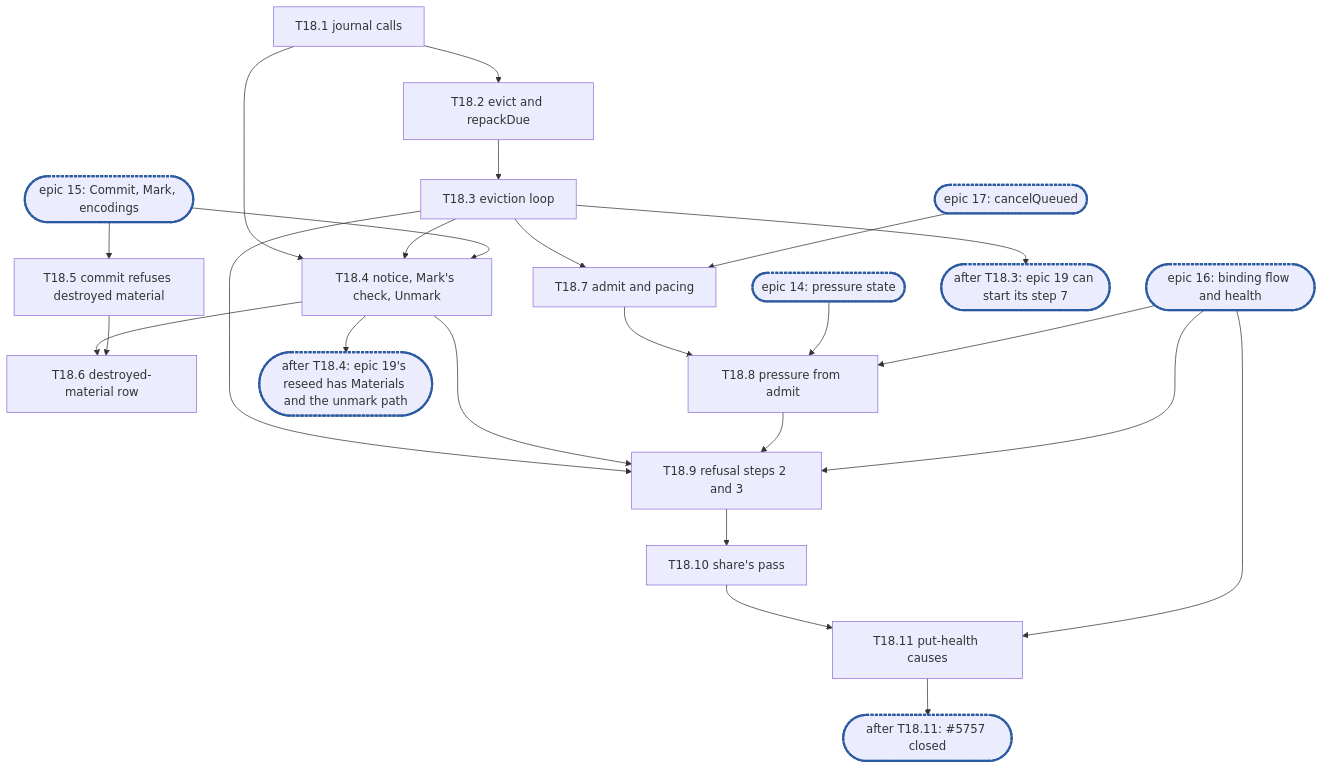
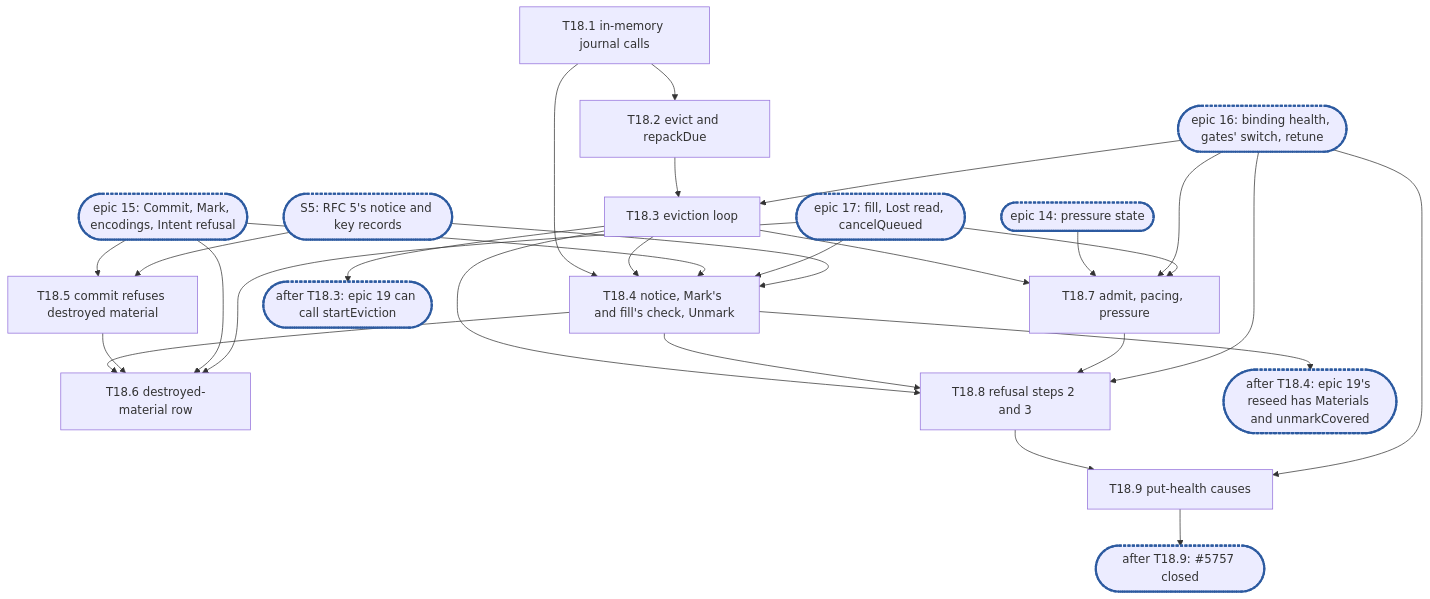
Before and after one commit to cubbit/dittofs: the diagram in .planning/rfc-8-offload-engine-epic18.md, drawn with Mermaid. The commit also changed other lines of this file and 1 other file, not shown here.

Commit message:
docs(planning): fold the adversarial, correctness and simplification reviews into epic 18

````diff
--- a/.planning/rfc-8-offload-engine-epic18.md
+++ b/.planning/rfc-8-offload-engine-epic18.md
@@ -827,22 +894,23 @@
 ```mermaid
 flowchart TD
-  EPIC15(["epic 15: Commit, Mark, encodings"]):::sync
+  EPIC15(["epic 15: Commit, Mark, encodings, Intent refusal"]):::sync
   EPIC14(["epic 14: pressure state"]):::sync
-  EPIC16(["epic 16: binding flow and health"]):::sync
-  T18_1["T18.1 journal calls"] --> T18_2["T18.2 evict and repackDue"] --> T18_3["T18.3 eviction loop"]
-  T18_1 & T18_3 --> T18_4["T18.4 notice, Mark's check, Unmark"]
-  EPIC15 --> T18_4
-  EPIC15 --> T18_5["T18.5 commit refuses destroyed material"]
+  EPIC16(["epic 16: binding health, gates' switch, retune"]):::sync
+  EPIC17(["epic 17: fill, Lost read, cancelQueued"]):::sync
+  S5(["S5: RFC 5's notice and key records"]):::sync
+  T18_1["T18.1 in-memory journal calls"] --> T18_2["T18.2 evict and repackDue"] --> T18_3["T18.3 eviction loop"]
+  EPIC16 --> T18_3
+  T18_1 & T18_3 --> T18_4["T18.4 notice, Mark's and fill's check, Unmark"]
+  EPIC15 & EPIC17 & S5 --> T18_4
+  EPIC15 & S5 --> T18_5["T18.5 commit refuses destroyed material"]
   T18_4 & T18_5 --> T18_6["T18.6 destroyed-material row"]
-  EPIC17(["epic 17: cancelQueued"]):::sync
-  T18_3 --> T18_7["T18.7 admit and pacing"] --> T18_8["T18.8 pressure from admit"]
-  EPIC17 --> T18_7
-  EPIC14 --> T18_8
-  EPIC16 --> T18_8
-  T18_3 & T18_4 & T18_8 --> T18_9["T18.9 refusal steps 2 and 3"] --> T18_10["T18.10 share's pass"] --> T18_11["T18.11 put-health causes"]
-  EPIC16 --> T18_9 & T18_11
-  T18_3 --> C1(["after T18.3: epic 19 can start its step 7"]):::sync
-  T18_4 --> C2(["after T18.4: epic 19's reseed has Materials and the unmark path"]):::sync
-  T18_11 --> C3(["after T18.11: #5757 closed"]):::sync
+  EPIC15 & EPIC17 --> T18_6
+  T18_3 --> T18_7["T18.7 admit, pacing, pressure"]
+  EPIC14 & EPIC16 & EPIC17 --> T18_7
+  T18_3 & T18_4 & T18_7 --> T18_8["T18.8 refusal steps 2 and 3"] --> T18_9["T18.9 put-health causes"]
+  EPIC16 --> T18_8 & T18_9
+  T18_3 --> C1(["after T18.3: epic 19 can call startEviction"]):::sync
+  T18_4 --> C2(["after T18.4: epic 19's reseed has Materials and unmarkCovered"]):::sync
+  T18_9 --> C3(["after T18.9: #5757 closed"]):::sync
   classDef sync stroke:#2c5aa0,stroke-width:3px,stroke-dasharray:4 2
 ```
````
